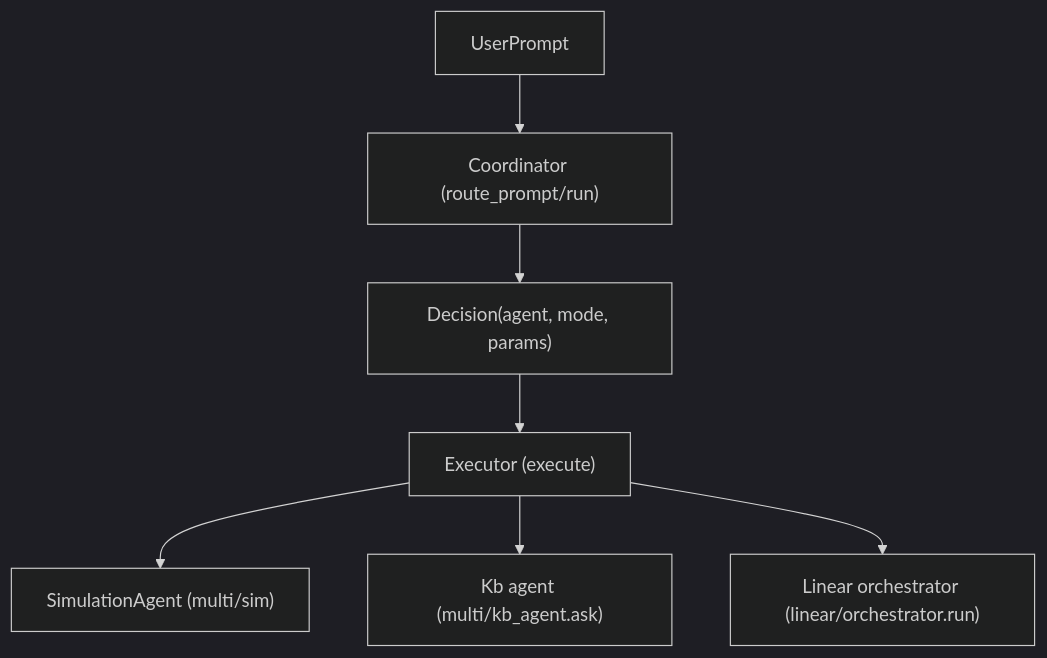
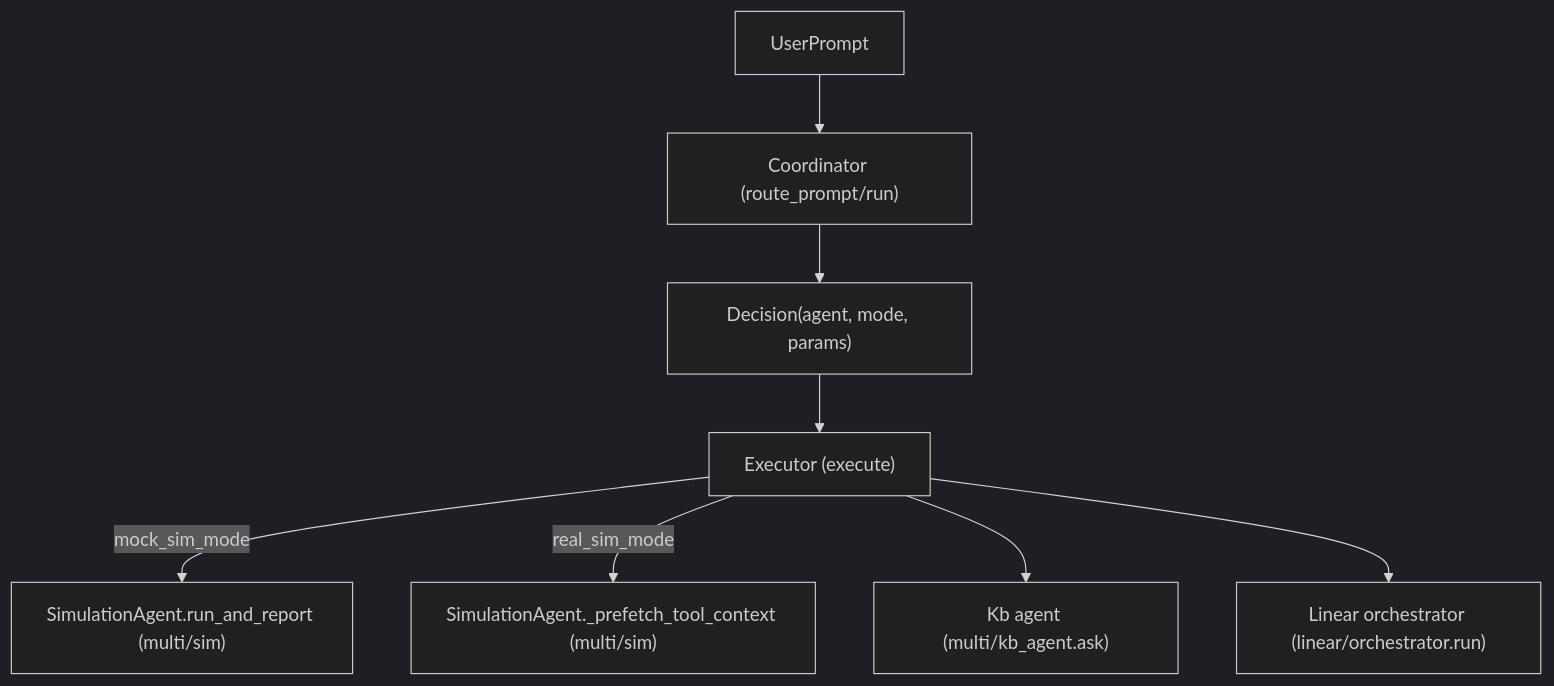
One commit to Alope489/llm-sandbox changed the second of 4 diagrams in ARCHITECTURE.md. Above: the diagram before and after it, drawn with Mermaid (dark theme). The commit also changed other lines of this file and 5 other files, not shown here.

First line of the commit message:
Refactor sim pipeline: CURRENT_SIMULATION_MODE controls execution path

````diff
--- a/ARCHITECTURE.md
+++ b/ARCHITECTURE.md
@@ -150,9 +153,10 @@
 ```mermaid
 graph TD
     userPrompt["UserPrompt"] --> coordinator["Coordinator (route_prompt/run)"]
     coordinator --> decision["Decision(agent, mode, params)"]
     decision --> executor["Executor (execute)"]
-    executor --> simAgent["SimulationAgent (multi/sim)"]
+    executor -->|"mock_sim_mode"| simAgentLoop["SimulationAgent.run_and_report (multi/sim)"]
+    executor -->|"real_sim_mode"| simAgentPrefetch["SimulationAgent._prefetch_tool_context (multi/sim)"]
     executor --> kbAgent["Kb agent (multi/kb_agent.ask)"]
     executor --> linearOrch["Linear orchestrator (linear/orchestrator.run)"]
 ```
````
